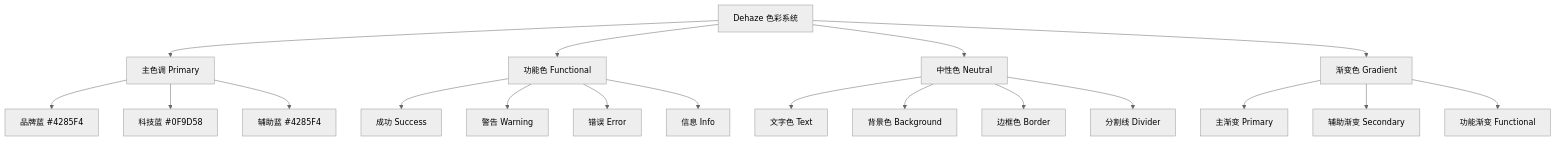
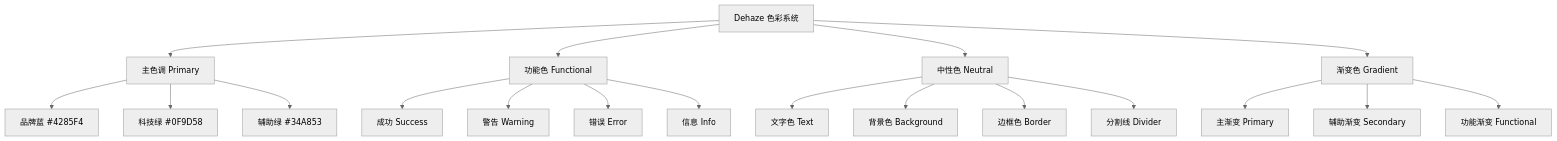
The first of 5 diagrams in dehaze_flutter/docs/design/01-design-system.md (earthy-zinc/dehaze-system), drawn with Mermaid (neutral theme) before and after one commit. The commit also changed other lines of this file and 32 other files, not shown here.

First line of the commit message:
docs(architecture): 重构架构文档并更新状态管理配置

````diff
--- a/dehaze_flutter/docs/design/01-design-system.md
+++ b/dehaze_flutter/docs/design/01-design-system.md
@@ -50,25 +50,25 @@
 ```mermaid
 graph TD
     A[Dehaze 色彩系统] --> B[主色调 Primary]
     A --> C[功能色 Functional]
     A --> D[中性色 Neutral]
     A --> E[渐变色 Gradient]
 
     B --> B1[品牌蓝 #4285F4]
-    B --> B2[科技蓝 #0F9D58]
-    B --> B3[辅助蓝 #4285F4]
+    B --> B2[科技绿 #0F9D58]
+    B --> B3[辅助绿 #34A853]
 
     C --> C1[成功 Success]
     C --> C2[警告 Warning]
     C --> C3[错误 Error]
     C --> C4[信息 Info]
 
     D --> D1[文字色 Text]
     D --> D2[背景色 Background]
     D --> D3[边框色 Border]
     D --> D4[分割线 Divider]
 
     E --> E1[主渐变 Primary]
     E --> E2[辅助渐变 Secondary]
     E --> E3[功能渐变 Functional]
 ```
````
